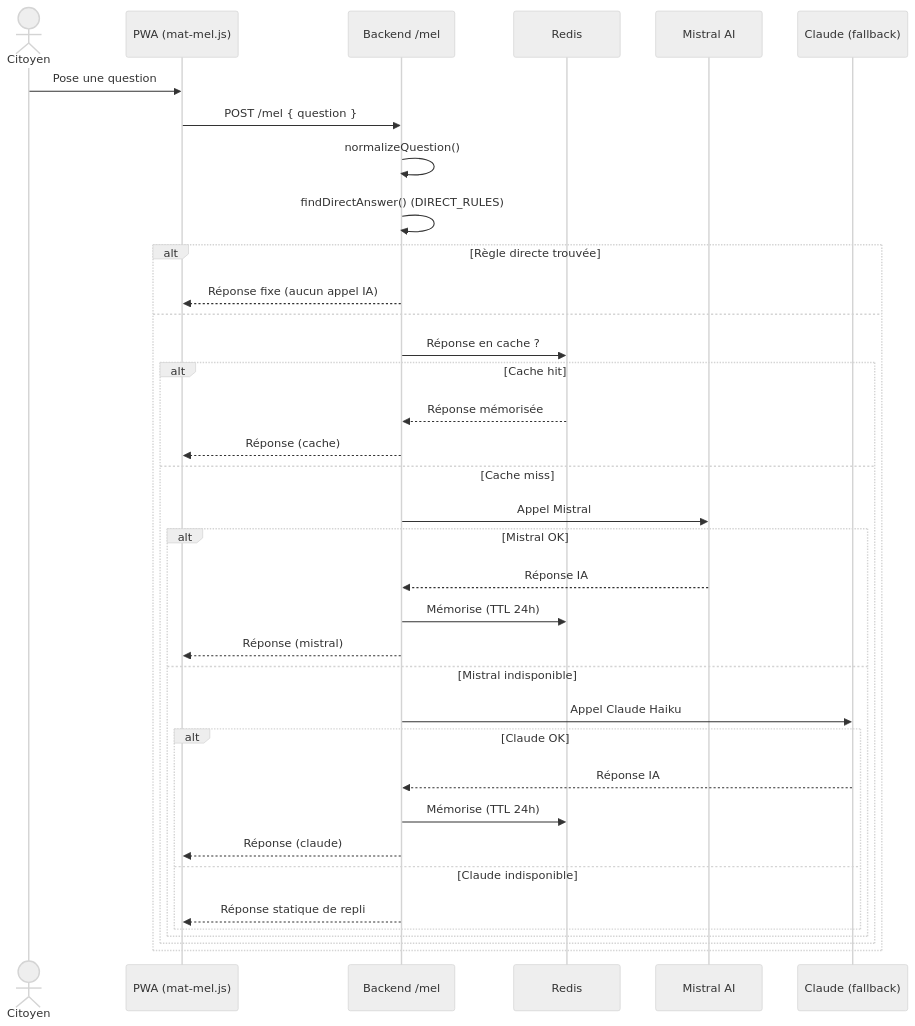
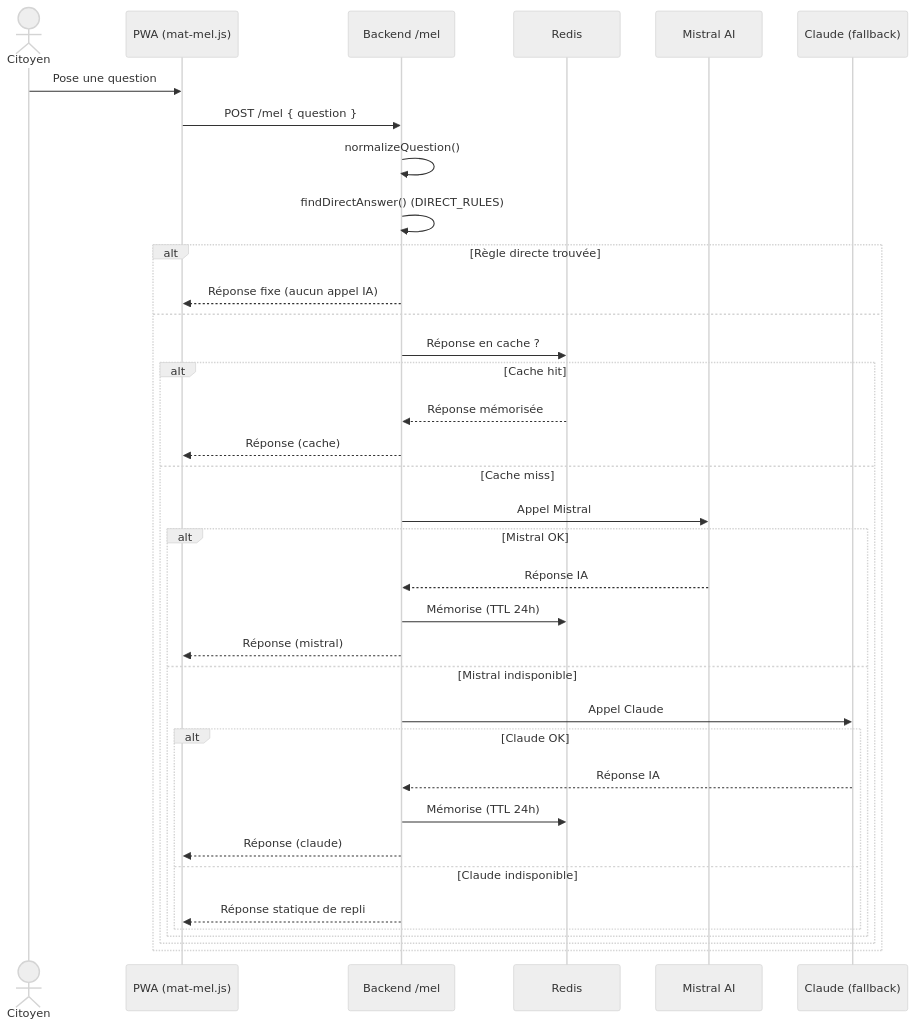
One commit to mairie-mezieres/app-mezieres changed the fourth of 11 diagrams in docs/architecture.md. Above: the diagram before and after it, drawn with Mermaid (neutral theme). The commit also changed 6 other files, not shown here.

First line of the commit message:
docs: retirer les références au modèle « Claude Haiku »

````diff
--- a/docs/architecture.md
+++ b/docs/architecture.md
@@ -158,39 +158,39 @@
 ```mermaid
 sequenceDiagram
     actor U as Citoyen
     participant F as PWA (mat-mel.js)
     participant B as Backend /mel
     participant R as Redis
     participant M as Mistral AI
     participant C as Claude (fallback)
 
     U->>F: Pose une question
     F->>B: POST /mel { question }
     B->>B: normalizeQuestion()
     B->>B: findDirectAnswer() (DIRECT_RULES)
     alt Règle directe trouvée
         B-->>F: Réponse fixe (aucun appel IA)
     else
         B->>R: Réponse en cache ?
         alt Cache hit
             R-->>B: Réponse mémorisée
             B-->>F: Réponse (cache)
         else Cache miss
             B->>M: Appel Mistral
             alt Mistral OK
                 M-->>B: Réponse IA
                 B->>R: Mémorise (TTL 24h)
                 B-->>F: Réponse (mistral)
             else Mistral indisponible
-                B->>C: Appel Claude Haiku
+                B->>C: Appel Claude
                 alt Claude OK
                     C-->>B: Réponse IA
                     B->>R: Mémorise (TTL 24h)
                     B-->>F: Réponse (claude)
                 else Claude indisponible
                     B-->>F: Réponse statique de repli
                 end
             end
         end
     end
 ```
````
